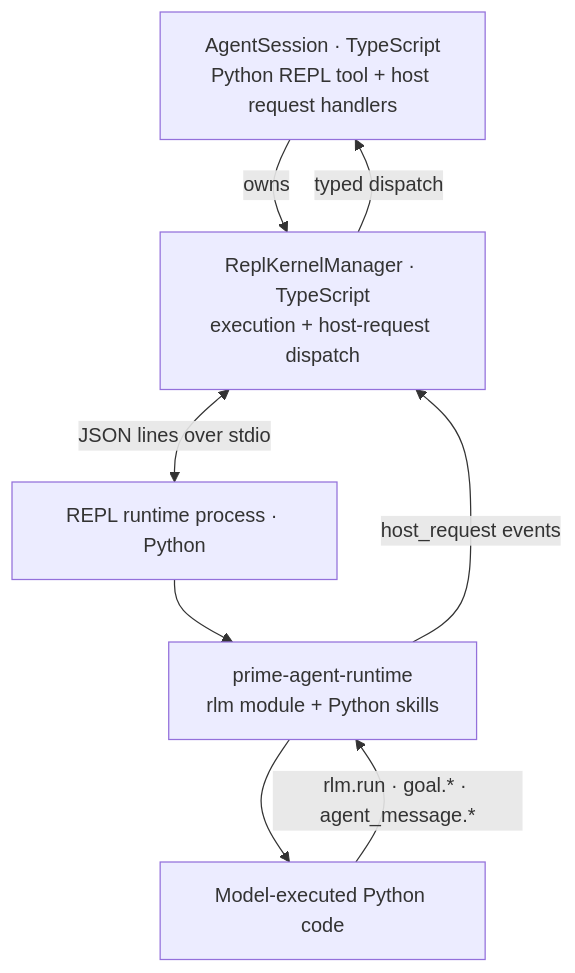
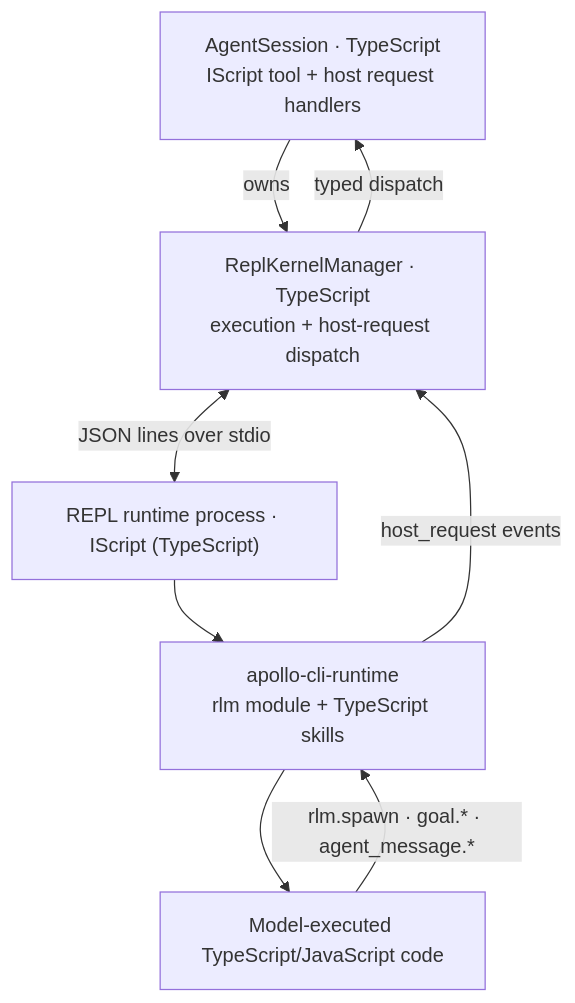
One commit to Jackhuang13/apollo-cli changed the first of 2 diagrams in packages/coding-agent/docs/rlm-runtime.md. Above: the diagram before and after it, drawn with Mermaid. The commit also changed other lines of this file and 35 other files, not shown here.

Commit message:
docs: migrate coding-agent docs to Apollo CLI and the IScript kernel

````diff
--- a/packages/coding-agent/docs/rlm-runtime.md
+++ b/packages/coding-agent/docs/rlm-runtime.md
@@ -9,15 +7,15 @@
 ```mermaid
 flowchart TD
-    session["AgentSession · TypeScript<br/>Python REPL tool + host request handlers"]
+    session["AgentSession · TypeScript<br/>IScript tool + host request handlers"]
     manager["ReplKernelManager · TypeScript<br/>execution + host-request dispatch"]
-    kernel["REPL runtime process · Python"]
-    runtime["prime-agent-runtime<br/>rlm module + Python skills"]
-    code["Model-executed Python code"]
+    kernel["REPL runtime process · IScript (TypeScript)"]
+    runtime["apollo-cli-runtime<br/>rlm module + TypeScript skills"]
+    code["Model-executed TypeScript/JavaScript code"]
 
     session -->|"owns"| manager
     manager <-->|"JSON lines over stdio"| kernel
     kernel --> runtime --> code
-    code -->|"rlm.run · goal.* · agent_message.*"| runtime
+    code -->|"rlm.spawn · goal.* · agent_message.*"| runtime
     runtime -->|"host_request events"| manager
     manager -->|"typed dispatch"| session
 ```
````
